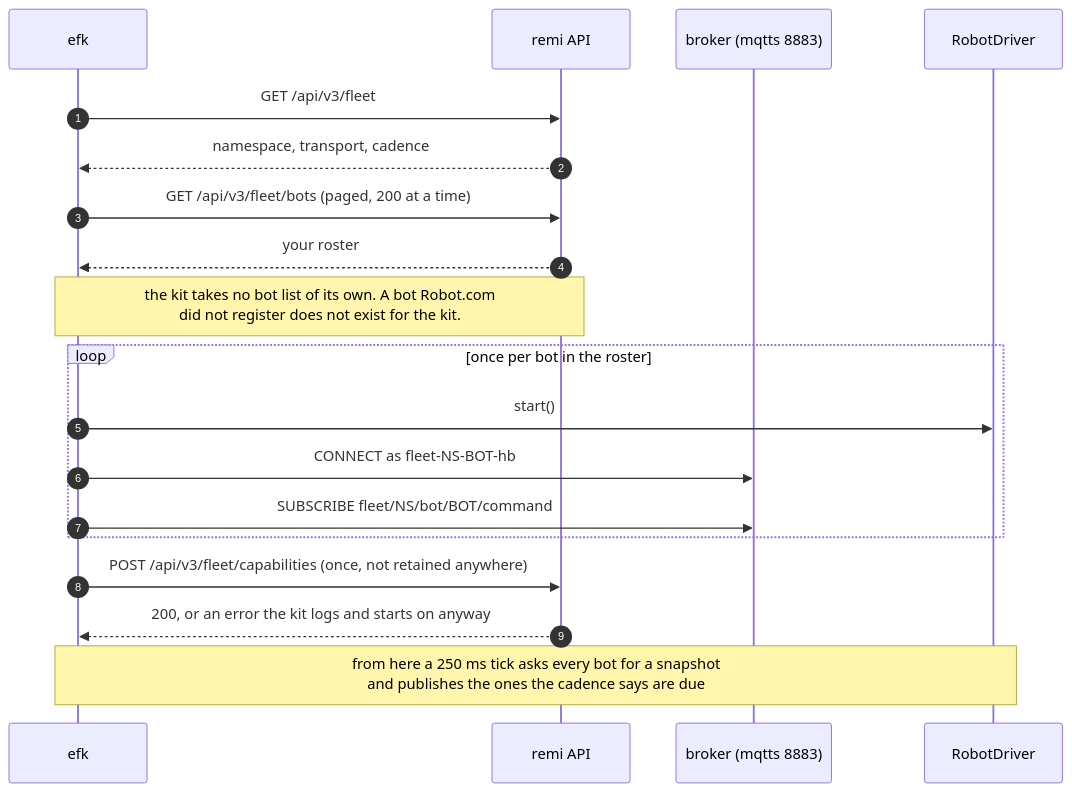
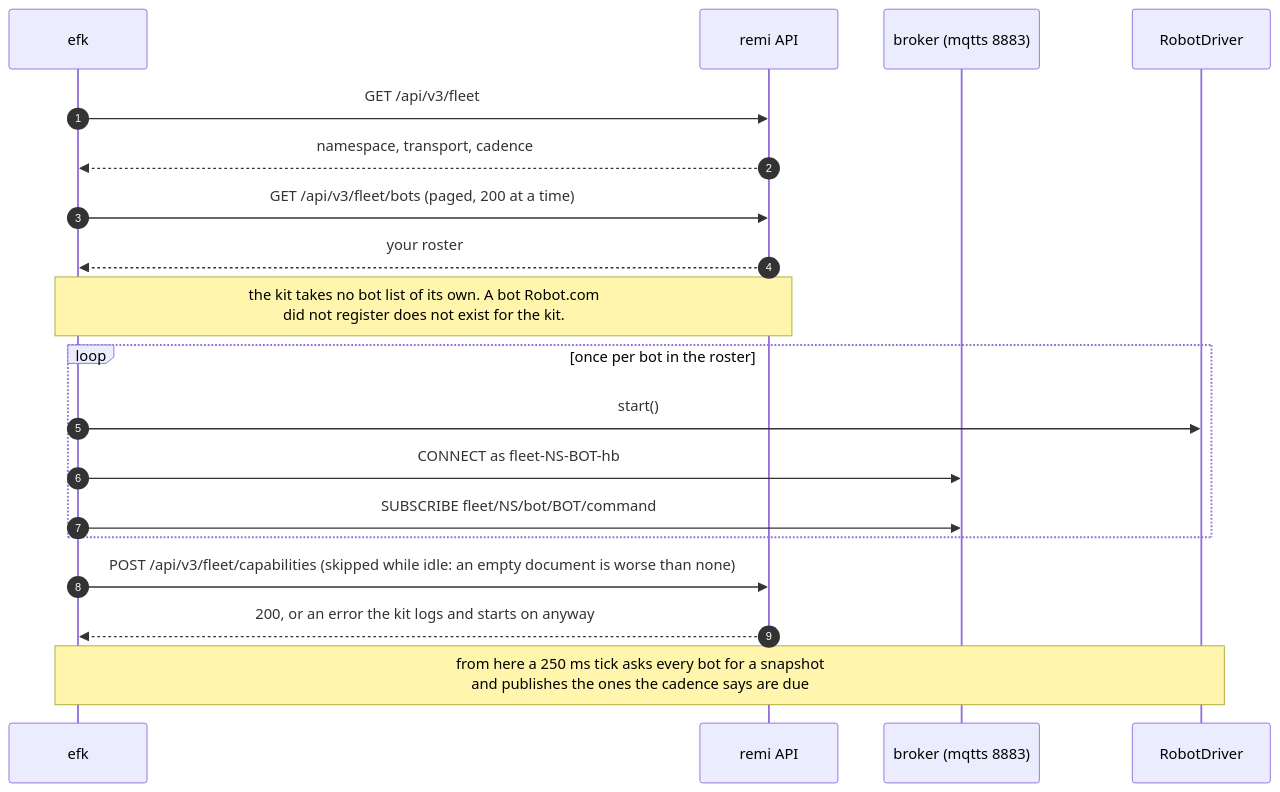
Before and after one commit to gokiwibot/external-fleet-kit: the first of 5 diagrams in README.md, drawn with Mermaid. The commit also changed other lines of this file and 21 other files, not shown here.

````diff
--- a/README.md
+++ b/README.md
@@ -97,21 +99,21 @@
 ```mermaid
 sequenceDiagram
     autonumber
     participant K as efk
     participant R as remi API
     participant B as broker (mqtts 8883)
     participant D as RobotDriver
     K->>R: GET /api/v3/fleet
     R-->>K: namespace, transport, cadence
     K->>R: GET /api/v3/fleet/bots (paged, 200 at a time)
     R-->>K: your roster
     Note over K,R: the kit takes no bot list of its own. A bot Robot.com<br/>did not register does not exist for the kit.
     loop once per bot in the roster
         K->>D: start()
         K->>B: CONNECT as fleet-NS-BOT-hb
         K->>B: SUBSCRIBE fleet/NS/bot/BOT/command
     end
-    K->>R: POST /api/v3/fleet/capabilities (once, not retained anywhere)
+    K->>R: POST /api/v3/fleet/capabilities (skipped while idle: an empty document is worse than none)
     R-->>K: 200, or an error the kit logs and starts on anyway
     Note over K,D: from here a 250 ms tick asks every bot for a snapshot<br/>and publishes the ones the cadence says are due
 ```
````
